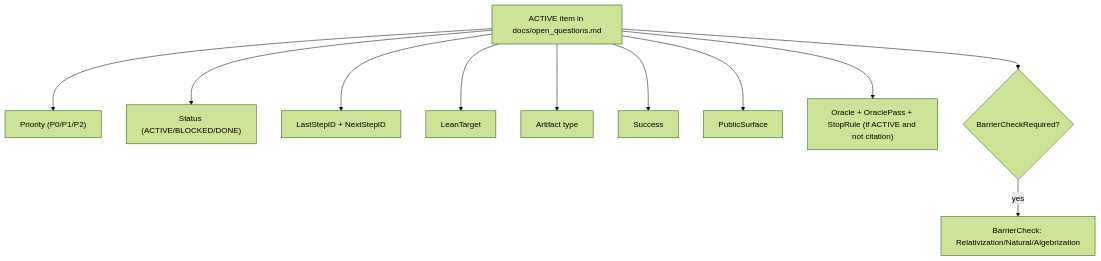
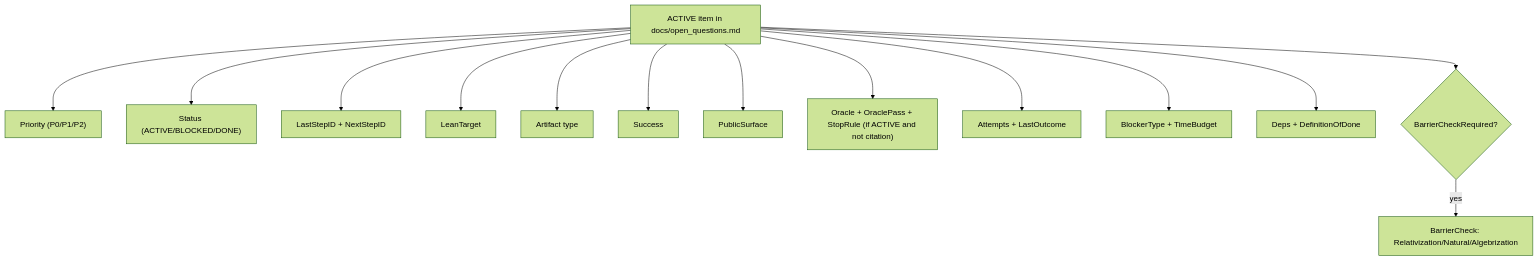
One commit to Xopoko/Experiment-26_P_vs_NP changed diagram 13 of 15 in ARCHITECTURE.md. Above: the diagram before and after it, drawn with Mermaid (forest theme). The commit also changed other lines of this file and 15 other files, not shown here.

````diff
--- a/ARCHITECTURE.md
+++ b/ARCHITECTURE.md
@@ -327,13 +346,16 @@
 ```mermaid
 flowchart TB
   A["ACTIVE item in docs/open_questions.md"] --> B["Priority (P0/P1/P2)"]
   A --> C["Status (ACTIVE/BLOCKED/DONE)"]
   A --> D["LastStepID + NextStepID"]
   A --> E["LeanTarget"]
   A --> F["Artifact type"]
   A --> G["Success"]
   A --> H["PublicSurface"]
   A --> I["Oracle + OraclePass + StopRule (if ACTIVE and not citation)"]
+  A --> K["Attempts + LastOutcome"]
+  A --> L["BlockerType + TimeBudget"]
+  A --> M["Deps + DefinitionOfDone"]
   A --> J{"BarrierCheckRequired?"}
-  J -->|yes| K["BarrierCheck: Relativization/Natural/Algebrization"]
+  J -->|yes| N["BarrierCheck: Relativization/Natural/Algebrization"]
 ```
````
